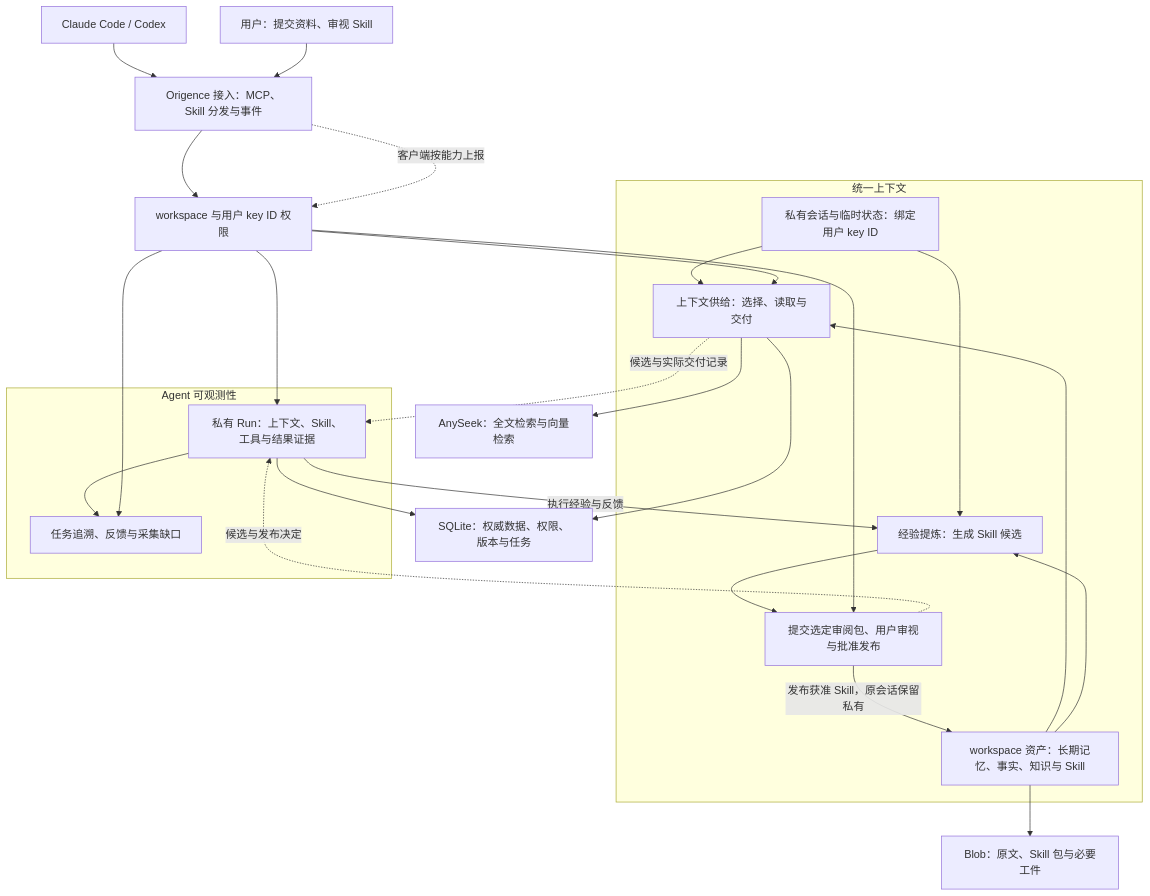
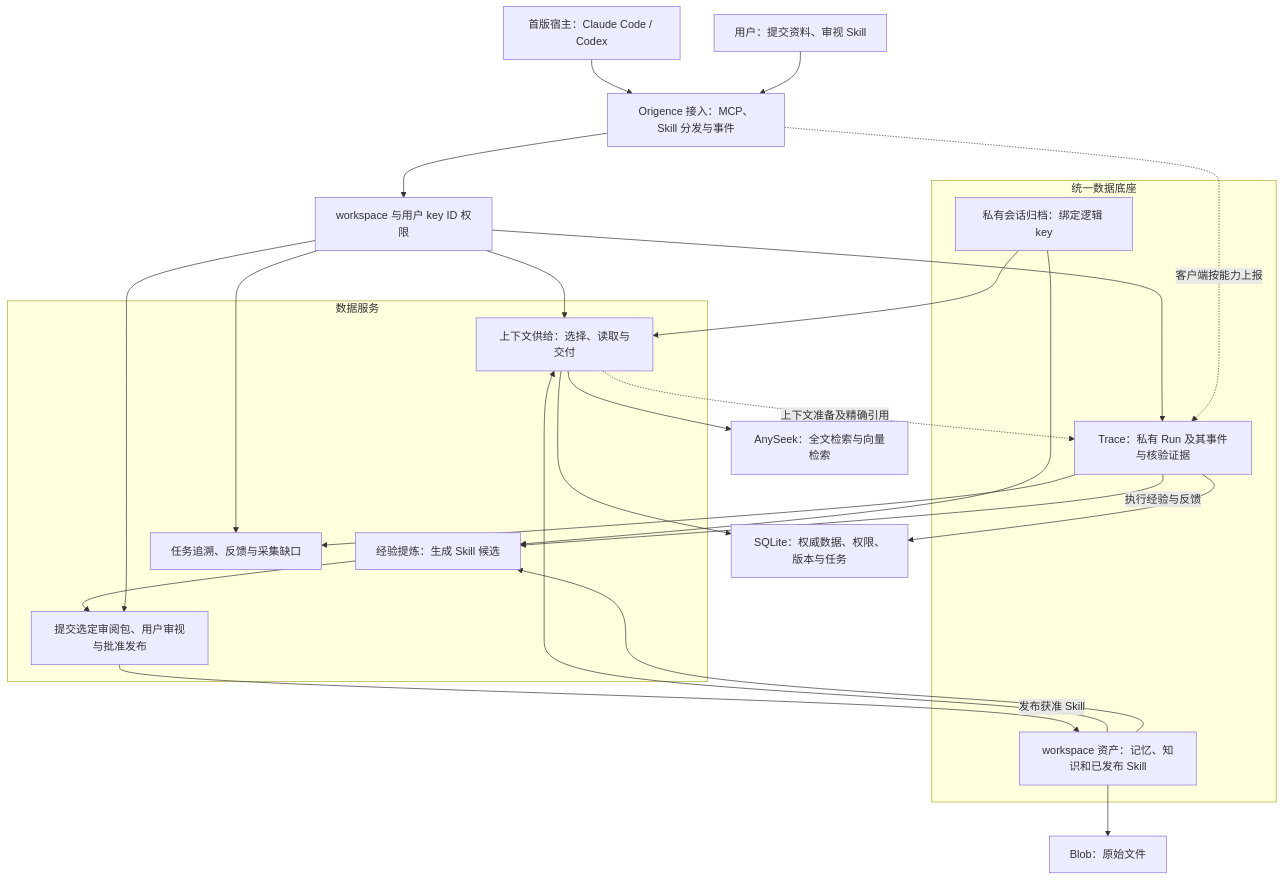
The first of 2 diagrams in docs/design/agent-data-foundation.md (TheLudlows/Origence), drawn with Mermaid before and after one commit. The commit also changed other lines of this file and 50 other files, not shown here.

````diff
--- a/docs/design/agent-data-foundation.md
+++ b/docs/design/agent-data-foundation.md
@@ -30,36 +21,35 @@
 ```mermaid
 flowchart TB
-    CLIENT[Claude Code / Codex] --> ACCESS[Origence 接入：MCP、Skill 分发与事件]
+    CLIENT[首版宿主：Claude Code / Codex] --> ACCESS[Origence 接入：MCP、Skill 分发与事件]
     USER[用户：提交资料、审视 Skill] --> ACCESS
     ACCESS --> AUTH[workspace 与用户 key ID 权限]
-    subgraph CONTEXT[统一上下文]
-        PRIVATE[私有会话与临时状态：绑定用户 key ID]
-        ASSET[workspace 资产：长期记忆、事实、知识与 Skill]
+    subgraph DATA[统一数据底座]
+        PRIVATE[私有会话归档：绑定逻辑 key]
+        ASSET[workspace 资产：记忆、知识和已发布 Skill]
+        RUN[Trace：私有 Run 及其事件与核验证据]
+    end
+    subgraph SERVICES[数据服务]
         SERVE[上下文供给：选择、读取与交付]
         LEARN[经验提炼：生成 Skill 候选]
         REVIEW[提交选定审阅包、用户审视与批准发布]
-        ASSET --> SERVE
-        ASSET --> LEARN
-        PRIVATE --> SERVE
-        PRIVATE --> LEARN
-        LEARN --> REVIEW
-        REVIEW -->|发布获准 Skill，原会话保留私有| ASSET
+        VIEW[任务追溯、反馈与采集缺口]
     end
+    ASSET --> SERVE
+    ASSET --> LEARN
+    PRIVATE --> SERVE
+    PRIVATE --> LEARN
+    LEARN --> REVIEW
+    REVIEW -->|发布获准 Skill| ASSET
     AUTH --> SERVE
     AUTH --> REVIEW
+    AUTH --> RUN
+    AUTH --> VIEW
+    RUN --> VIEW
     SERVE --> SEARCH[AnySeek：全文检索与向量检索]
     SERVE --> STORE[SQLite：权威数据、权限、版本与任务]
-    ASSET --> BLOB[Blob：原文、Skill 包与必要工件]
-    subgraph OBS[Agent 可观测性]
-        RUN[私有 Run：上下文、Skill、工具与结果证据]
-        VIEW[任务追溯、反馈与采集缺口]
-        RUN --> VIEW
-    end
-    AUTH --> RUN
-    AUTH --> VIEW
-    SERVE -. 候选与实际交付记录 .-> RUN
-    REVIEW -. 候选与发布决定 .-> RUN
-    ACCESS -. 客户端按能力上报 .-> AUTH
+    ASSET --> BLOB[Blob：原始文件]
+    SERVE -. 上下文准备及精确引用 .-> RUN
+    ACCESS -. 客户端按能力上报 .-> RUN
     RUN -->|执行经验与反馈| LEARN
     RUN --> STORE
 ```
````
